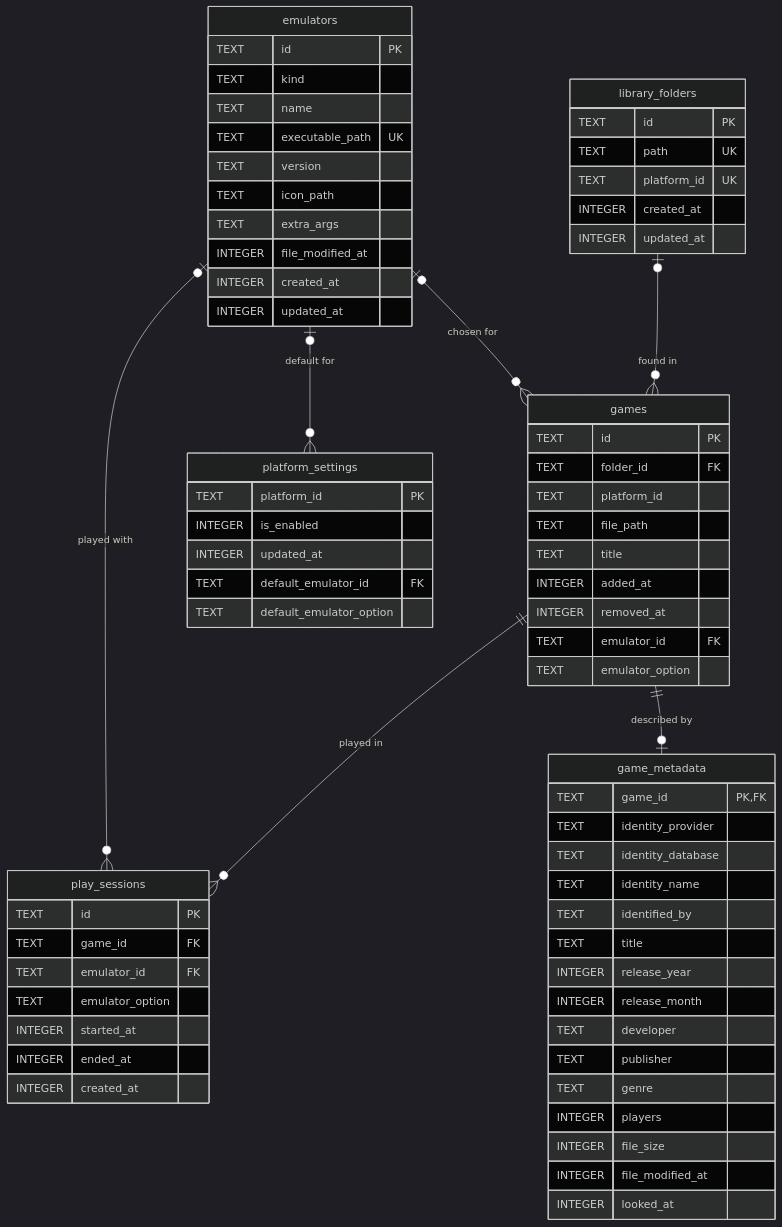
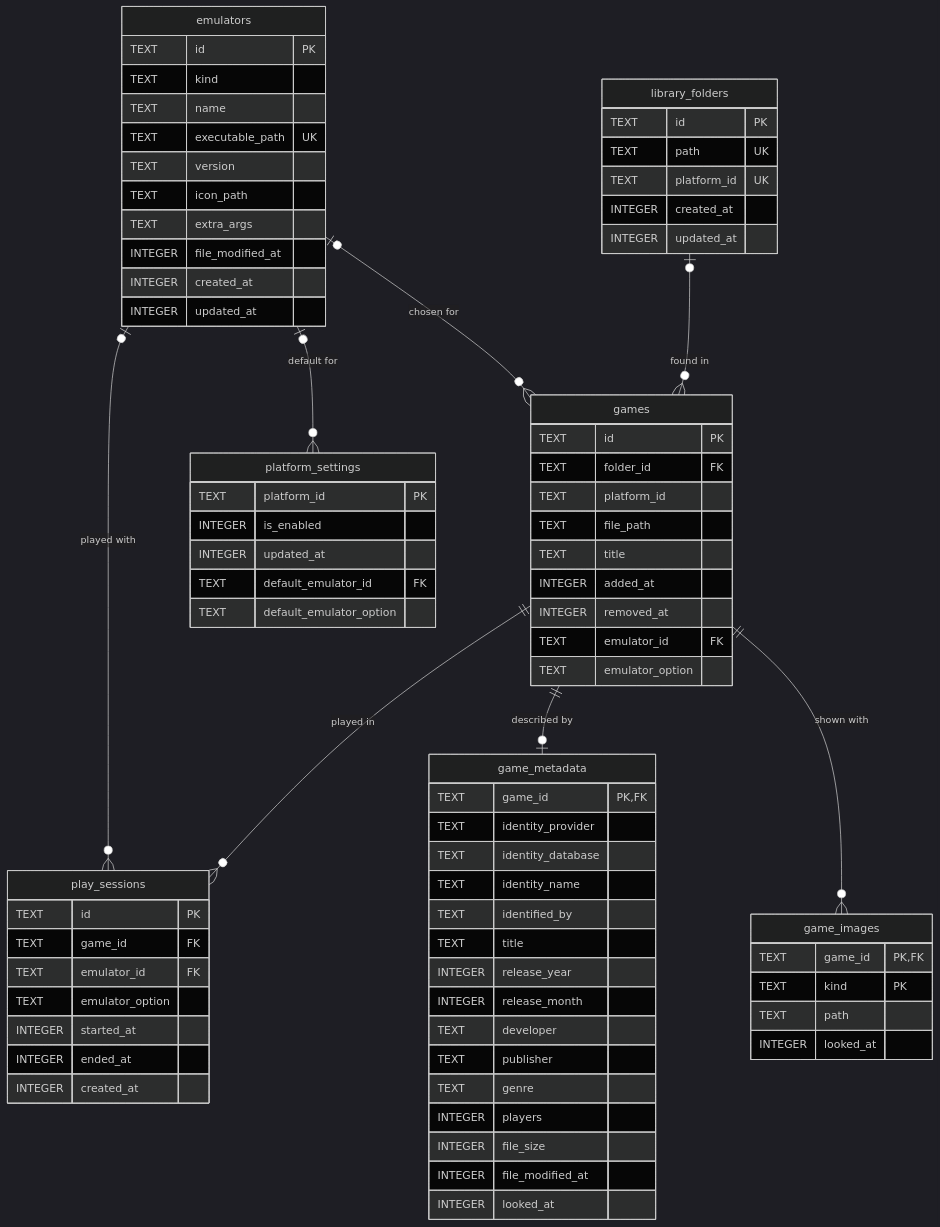
The first of 2 diagrams in DATABASE.md (alexisiba/ilnamiki), drawn with Mermaid (dark theme) before and after one commit. The commit also changed other lines of this file and 20 other files, not shown here.

````diff
--- a/DATABASE.md
+++ b/DATABASE.md
@@ -50,73 +50,80 @@
 ```mermaid
 erDiagram
     library_folders |o--o{ games : "found in"
     games ||--o{ play_sessions : "played in"
     emulators |o--o{ play_sessions : "played with"
     emulators |o--o{ games : "chosen for"
     emulators |o--o{ platform_settings : "default for"
     games ||--o| game_metadata : "described by"
+    games ||--o{ game_images : "shown with"
 
     emulators {
         TEXT id PK
         TEXT kind
         TEXT name
         TEXT executable_path UK
         TEXT version
         TEXT icon_path
         TEXT extra_args
         INTEGER file_modified_at
         INTEGER created_at
         INTEGER updated_at
     }
     library_folders {
         TEXT id PK
         TEXT path UK
         TEXT platform_id UK
         INTEGER created_at
         INTEGER updated_at
     }
     games {
         TEXT id PK
         TEXT folder_id FK
         TEXT platform_id
         TEXT file_path
         TEXT title
         INTEGER added_at
         INTEGER removed_at
         TEXT emulator_id FK
         TEXT emulator_option
     }
     platform_settings {
         TEXT platform_id PK
         INTEGER is_enabled
         INTEGER updated_at
         TEXT default_emulator_id FK
         TEXT default_emulator_option
     }
     play_sessions {
         TEXT id PK
         TEXT game_id FK
         TEXT emulator_id FK
         TEXT emulator_option
         INTEGER started_at
         INTEGER ended_at
         INTEGER created_at
     }
     game_metadata {
         TEXT game_id PK, FK
         TEXT identity_provider
         TEXT identity_database
         TEXT identity_name
         TEXT identified_by
         TEXT title
         INTEGER release_year
         INTEGER release_month
         TEXT developer
         TEXT publisher
         TEXT genre
         INTEGER players
         INTEGER file_size
         INTEGER file_modified_at
         INTEGER looked_at
     }
+    game_images {
+        TEXT game_id PK, FK
+        TEXT kind PK
+        TEXT path
+        INTEGER looked_at
+    }
 ```
````
